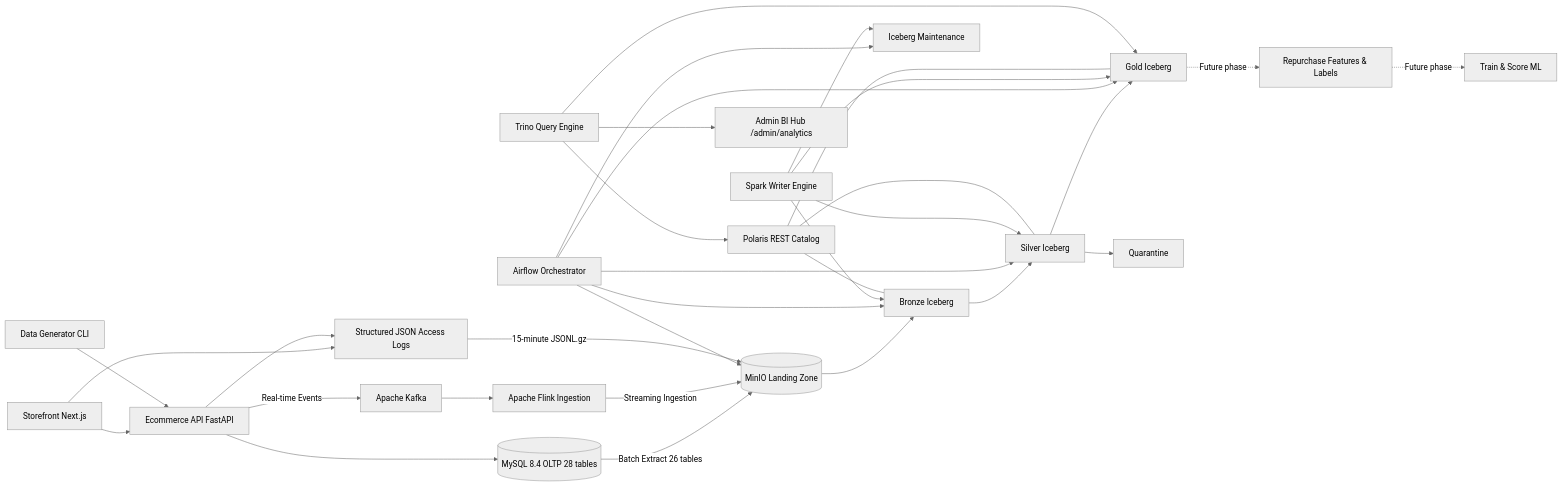
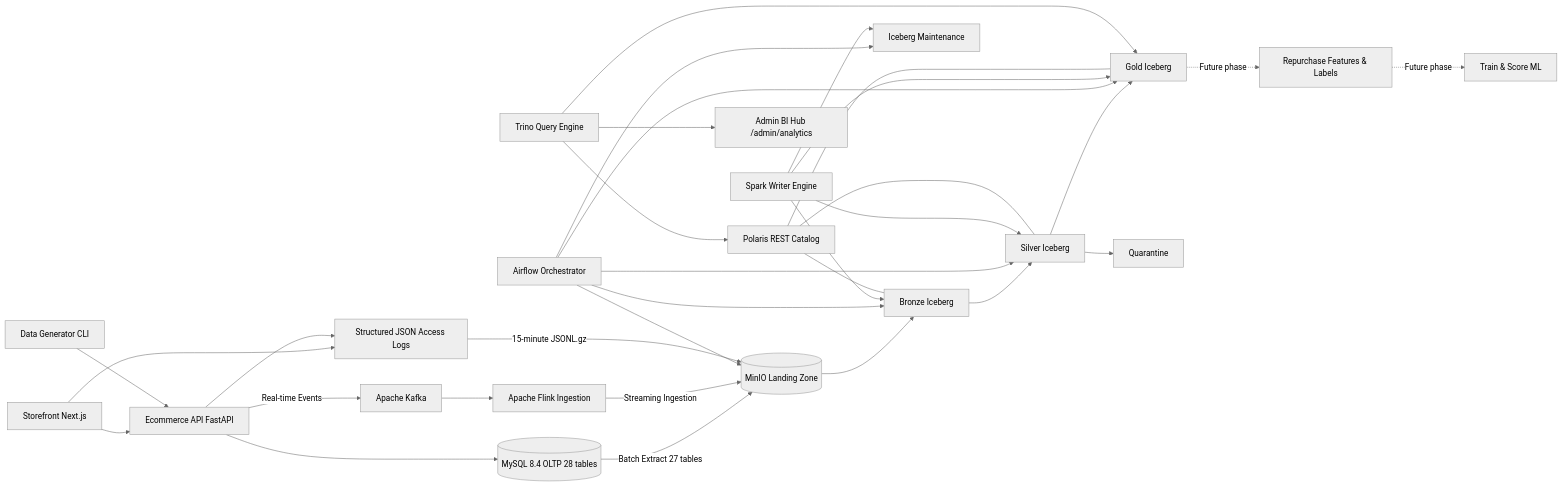
One commit to DanhTrannn/TLCN changed the diagram in docs/architecture/PROJECT_STRUCTURE.md. Above: the diagram before and after it, drawn with Mermaid (neutral theme). The commit also changed other lines of this file and 35 other files, not shown here.

````diff
--- a/docs/architecture/PROJECT_STRUCTURE.md
+++ b/docs/architecture/PROJECT_STRUCTURE.md
@@ -9,38 +9,38 @@
 ```mermaid
 flowchart LR
     Browser[Storefront Next.js] --> API[Ecommerce API FastAPI]
     Generator[Data Generator CLI] --> API
     API --> OLTP[(MySQL 8.4 OLTP 28 tables)]
     Browser --> Logs[Structured JSON Access Logs]
     API --> Logs
     API -->|Real-time Events| Kafka[Apache Kafka]
     Kafka --> Flink[Apache Flink Ingestion]
 
-    OLTP -->|Batch Extract 26 tables| Landing[(MinIO Landing Zone)]
+    OLTP -->|Batch Extract 27 tables| Landing[(MinIO Landing Zone)]
     Flink -->|Streaming Ingestion| Landing
     Logs -->|15-minute JSONL.gz| Landing
     Landing --> Bronze[Bronze Iceberg]
     Bronze --> Silver[Silver Iceberg]
     Silver --> Gold[Gold Iceberg]
     Silver --> Quarantine[Quarantine]
 
     Airflow[Airflow Orchestrator] --> Landing
     Airflow --> Bronze
     Airflow --> Silver
     Airflow --> Gold
     Airflow --> Maintenance[Iceberg Maintenance]
 
     Spark[Spark Writer Engine] --> Bronze
     Spark --> Silver
     Spark --> Gold
     Spark --> Maintenance
 
     Polaris[Polaris REST Catalog] --- Bronze
     Polaris --- Silver
     Polaris --- Gold
     Trino[Trino Query Engine] --> Polaris
     Trino --> Gold
     Trino --> ECharts[Admin BI Hub /admin/analytics]
     Gold -. Future phase .-> Features[Repurchase Features & Labels]
     Features -. Future phase .-> Model[Train & Score ML]
 ```
````
